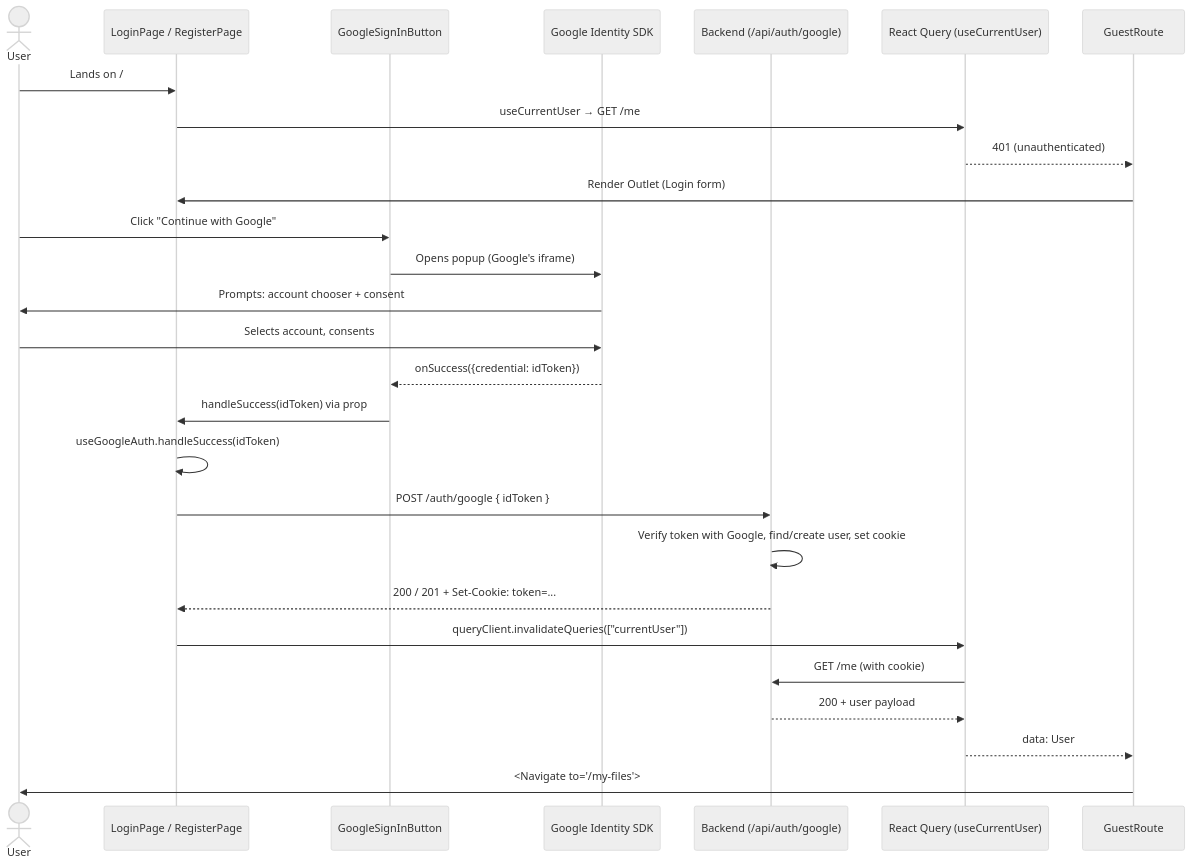
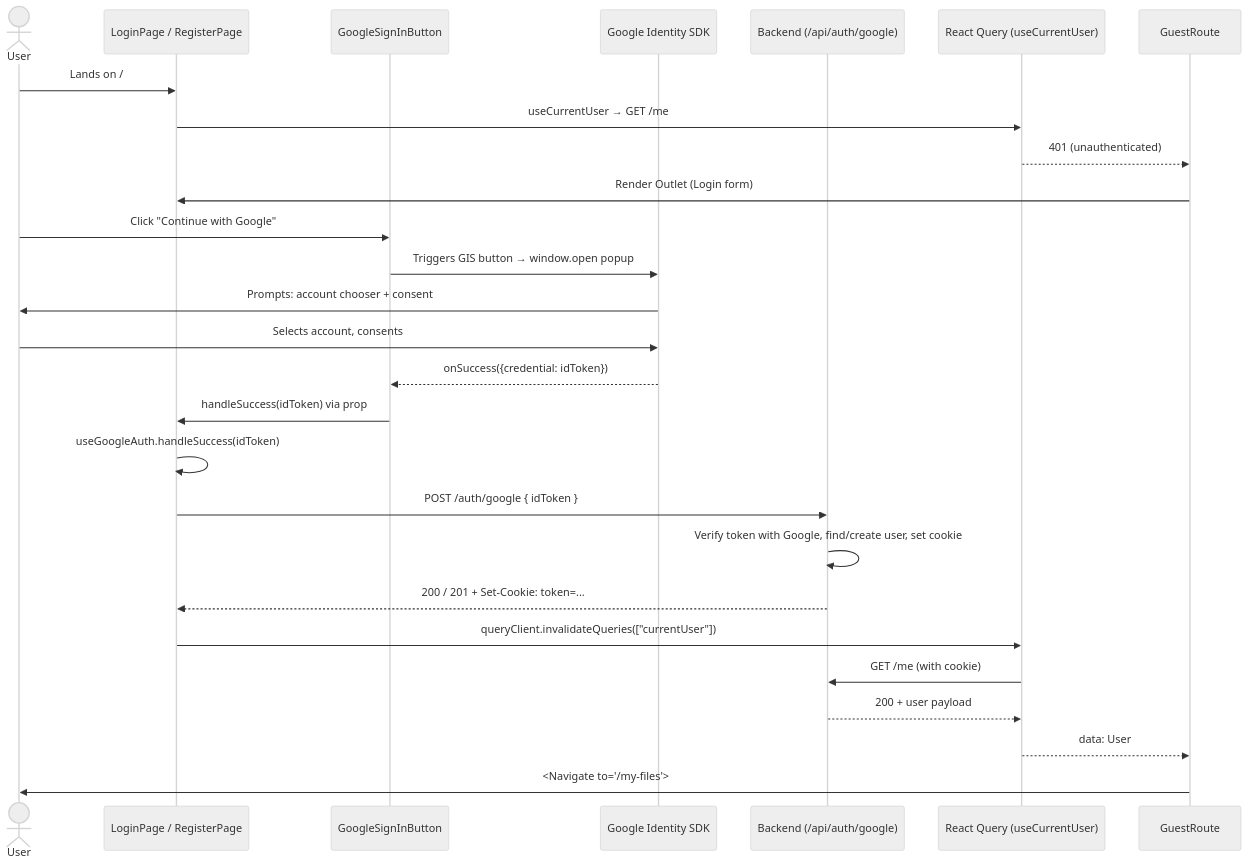
The first of 2 diagrams in docs/oauth-flow.md (SrjAdhikari/TroveCloud-Frontend), drawn with Mermaid (neutral theme) before and after one commit. The commit also changed other lines of this file, not shown here.

First line of the commit message:
docs(auth): fix accuracy issues in oauth-flow

````diff
--- a/docs/oauth-flow.md
+++ b/docs/oauth-flow.md
@@ -84,34 +84,34 @@
 ```mermaid
 sequenceDiagram
     actor U as User
     participant L as LoginPage / RegisterPage
     participant B as GoogleSignInButton
     participant SDK as Google Identity SDK
     participant API as Backend (/api/auth/google)
     participant RQ as React Query (useCurrentUser)
     participant G as GuestRoute
 
     U->>L: Lands on /
     L->>RQ: useCurrentUser → GET /me
     RQ-->>G: 401 (unauthenticated)
     G->>L: Render Outlet (Login form)
 
     U->>B: Click "Continue with Google"
-    B->>SDK: Opens popup (Google's iframe)
+    B->>SDK: Triggers GIS button → window.open popup
     SDK->>U: Prompts: account chooser + consent
     U->>SDK: Selects account, consents
     SDK-->>B: onSuccess({credential: idToken})
     B->>L: handleSuccess(idToken) via prop
 
     L->>L: useGoogleAuth.handleSuccess(idToken)
     L->>API: POST /auth/google { idToken }
     API->>API: Verify token with Google, find/create user, set cookie
     API-->>L: 200 / 201 + Set-Cookie: token=...
 
     L->>RQ: queryClient.invalidateQueries(["currentUser"])
     RQ->>API: GET /me (with cookie)
     API-->>RQ: 200 + user payload
     RQ-->>G: data: User
 
     G->>U: <Navigate to="/my-files">
 ```
````
